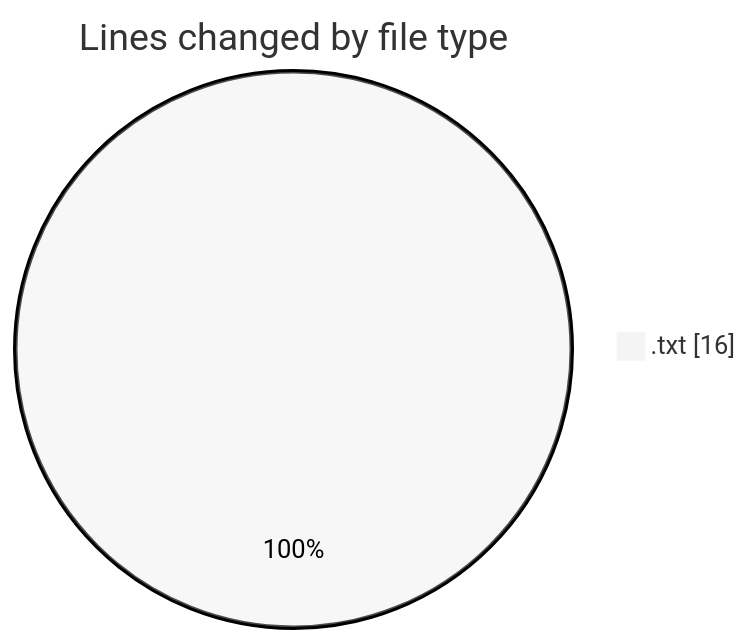
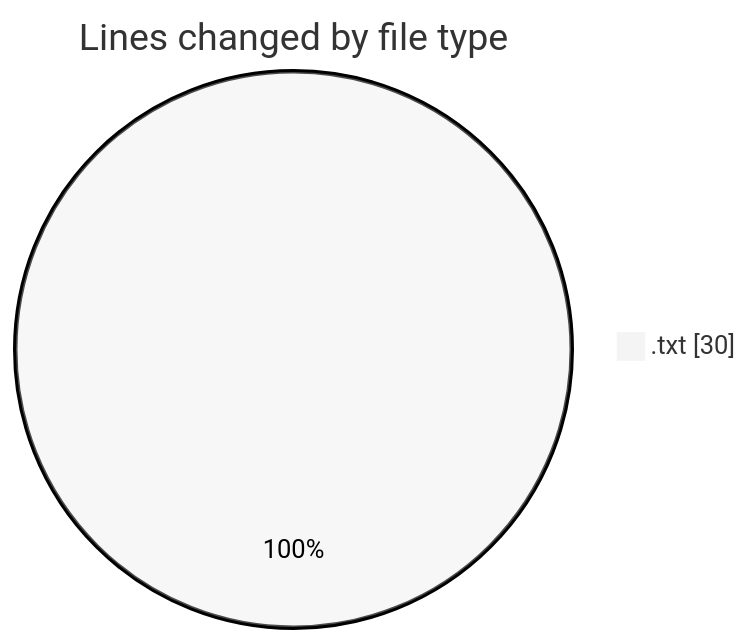
One commit to Ritupan-Deka/code-tracking changed the first of 2 diagrams in 2025-06-22/txtfiles/README.md. Above: the diagram before and after it, drawn with Mermaid (neutral theme). The commit also changed other lines of this file and 1 other file, not shown here.

````diff
--- a/2025-06-22/txtfiles/README.md
+++ b/2025-06-22/txtfiles/README.md
@@ -20,5 +20,5 @@
 ```mermaid
 pie showData
 title Lines changed by file type
-".txt" : 16
+".txt" : 30
 ```
````
